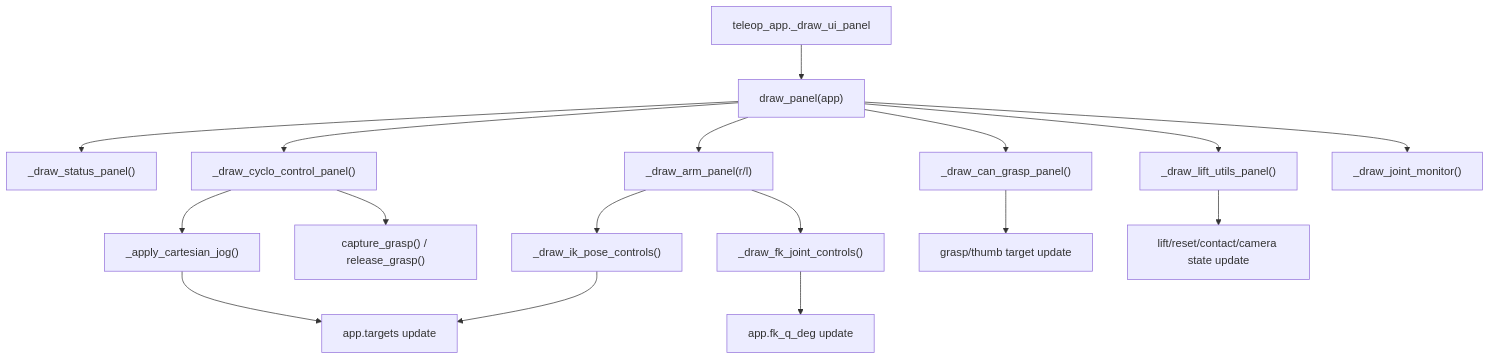
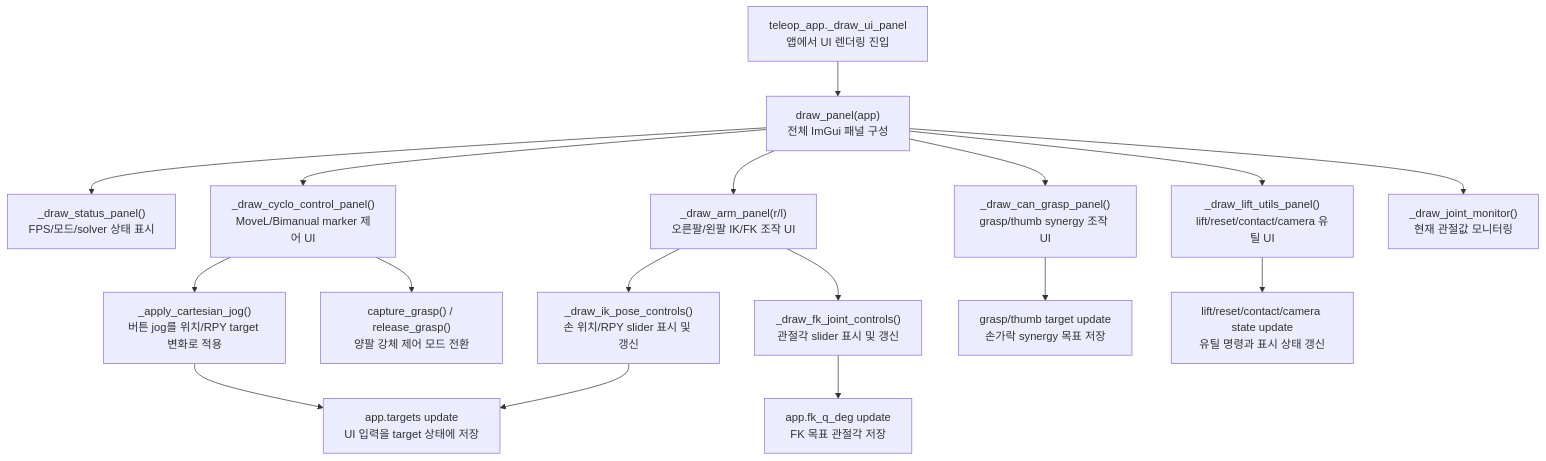
One commit to ggh-png/ffw-sh5-grasp changed the diagram in docs/guide/teleop_ui.md. Above: the diagram before and after it, drawn with Mermaid. The commit also changed 9 other files, not shown here.

Commit message:
Improve docs diagrams and add project link

````diff
--- a/docs/guide/teleop_ui.md
+++ b/docs/guide/teleop_ui.md
@@ -44,20 +44,20 @@
 ```mermaid
 flowchart TD
-    A["teleop_app._draw_ui_panel"] --> B["draw_panel(app)"]
-    B --> C["_draw_status_panel()"]
-    B --> D["_draw_cyclo_control_panel()"]
-    B --> E["_draw_arm_panel(r/l)"]
-    B --> F["_draw_can_grasp_panel()"]
-    B --> G["_draw_lift_utils_panel()"]
-    B --> H["_draw_joint_monitor()"]
+    A["teleop_app._draw_ui_panel<br>앱에서 UI 렌더링 진입"] --> B["draw_panel(app)<br>전체 ImGui 패널 구성"]
+    B --> C["_draw_status_panel()<br>FPS/모드/solver 상태 표시"]
+    B --> D["_draw_cyclo_control_panel()<br>MoveL/Bimanual marker 제어 UI"]
+    B --> E["_draw_arm_panel(r/l)<br>오른팔/왼팔 IK/FK 조작 UI"]
+    B --> F["_draw_can_grasp_panel()<br>grasp/thumb synergy 조작 UI"]
+    B --> G["_draw_lift_utils_panel()<br>lift/reset/contact/camera 유틸 UI"]
+    B --> H["_draw_joint_monitor()<br>현재 관절값 모니터링"]
 
-    D --> I["_apply_cartesian_jog()"]
-    I --> J["app.targets update"]
-    D --> K["capture_grasp() / release_grasp()"]
-    E --> L["_draw_ik_pose_controls()"]
-    E --> M["_draw_fk_joint_controls()"]
+    D --> I["_apply_cartesian_jog()<br>버튼 jog를 위치/RPY target 변화로 적용"]
+    I --> J["app.targets update<br>UI 입력을 target 상태에 저장"]
+    D --> K["capture_grasp() / release_grasp()<br>양팔 강체 제어 모드 전환"]
+    E --> L["_draw_ik_pose_controls()<br>손 위치/RPY slider 표시 및 갱신"]
+    E --> M["_draw_fk_joint_controls()<br>관절각 slider 표시 및 갱신"]
     L --> J
-    M --> N["app.fk_q_deg update"]
-    F --> O["grasp/thumb target update"]
-    G --> P["lift/reset/contact/camera state update"]
+    M --> N["app.fk_q_deg update<br>FK 목표 관절각 저장"]
+    F --> O["grasp/thumb target update<br>손가락 synergy 목표 저장"]
+    G --> P["lift/reset/contact/camera state update<br>유틸 명령과 표시 상태 갱신"]
 ```
````
